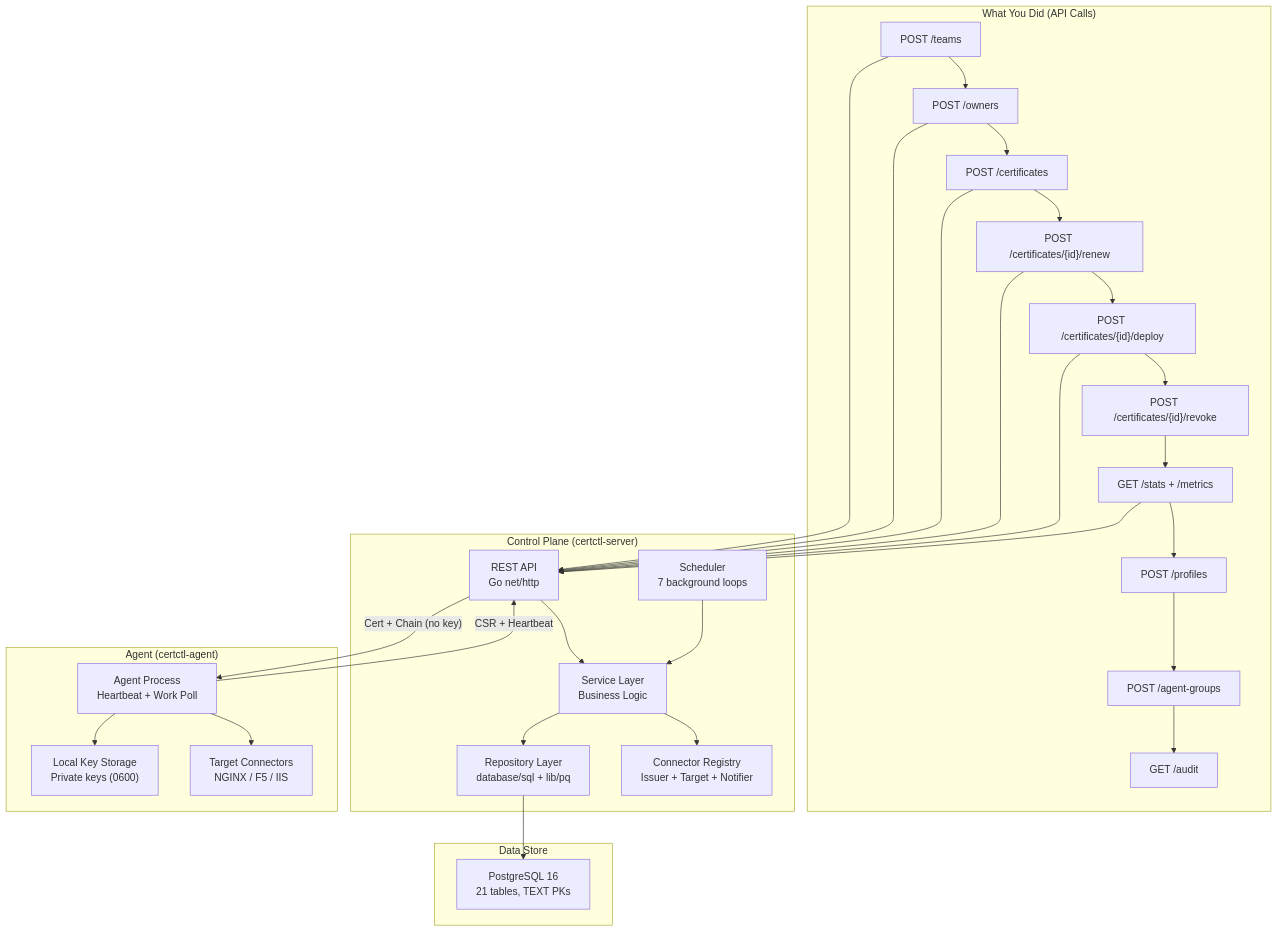
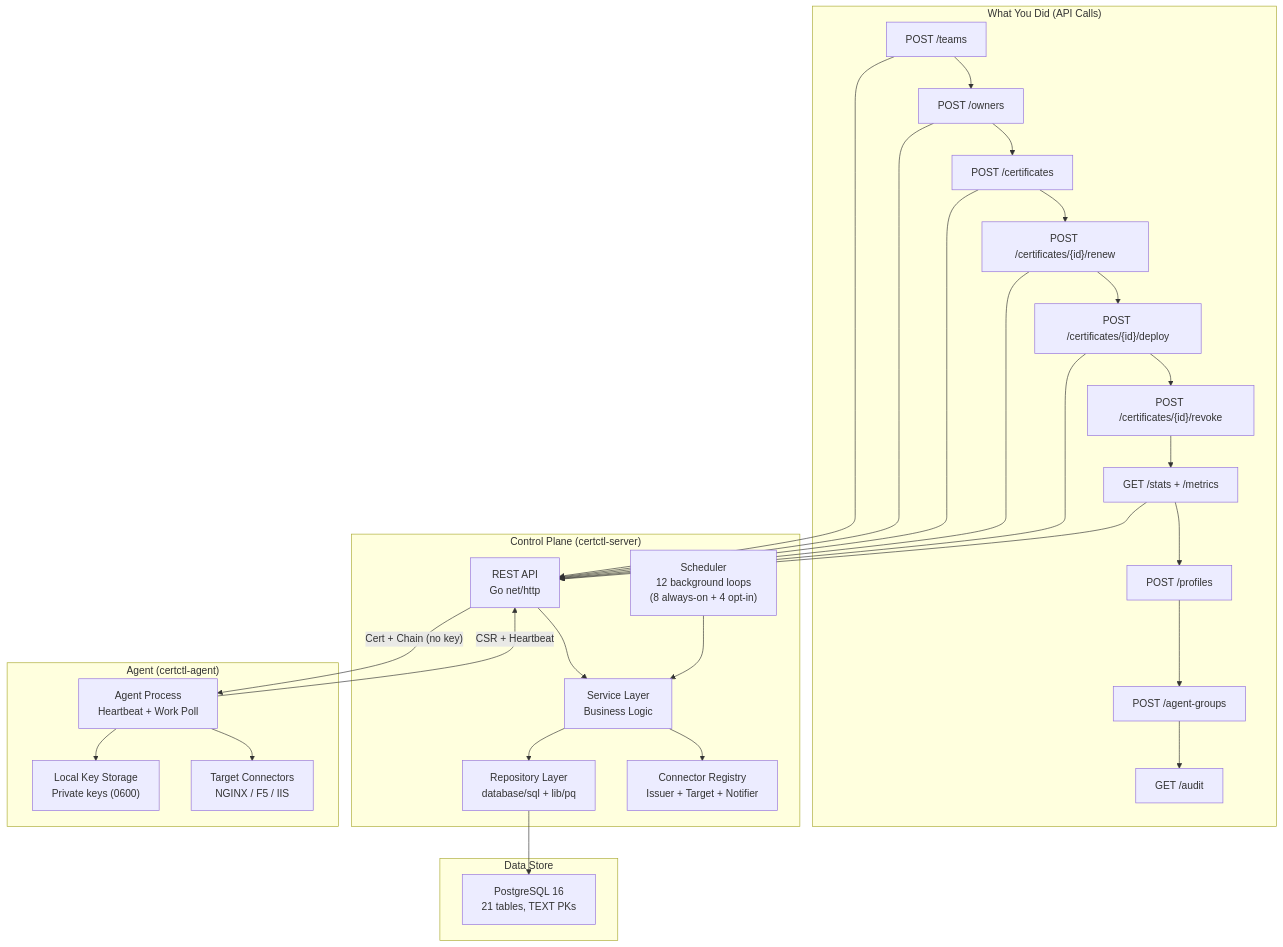
Before and after one commit to certctl-io/certctl: the sixth of 6 diagrams in docs/demo-advanced.md, drawn with Mermaid. The commit also changed 5 other files, not shown here.

````diff
--- a/docs/demo-advanced.md
+++ b/docs/demo-advanced.md
@@ -1140,43 +1140,43 @@
 ```mermaid
 flowchart TB
     subgraph "What You Did (API Calls)"
         U1["POST /teams"] --> U2["POST /owners"]
         U2 --> U3["POST /certificates"]
         U3 --> U4["POST /certificates/{id}/renew"]
         U4 --> U5["POST /certificates/{id}/deploy"]
         U5 --> U5b["POST /certificates/{id}/revoke"]
         U5b --> U6["GET /stats + /metrics"]
         U6 --> U7["POST /profiles"]
         U7 --> U8["POST /agent-groups"]
         U8 --> U9["GET /audit"]
     end
 
     subgraph "Control Plane (certctl-server)"
         API["REST API\nGo net/http"]
         SVC["Service Layer\nBusiness Logic"]
         REPO["Repository Layer\ndatabase/sql + lib/pq"]
-        SCHED["Scheduler\n7 background loops"]
+        SCHED["Scheduler\n12 background loops\n(8 always-on + 4 opt-in)"]
         CONN["Connector Registry\nIssuer + Target + Notifier"]
     end
 
     subgraph "Data Store"
         PG["PostgreSQL 16\n21 tables, TEXT PKs"]
     end
 
     subgraph "Agent (certctl-agent)"
         AGENT["Agent Process\nHeartbeat + Work Poll"]
         KEYS["Local Key Storage\nPrivate keys (0600)"]
         TC["Target Connectors\nNGINX / F5 / IIS"]
     end
 
     U1 & U2 & U3 & U4 & U5 & U6 --> API
     API --> SVC
     SVC --> REPO
     REPO --> PG
     SVC --> CONN
     SCHED --> SVC
     AGENT -->|"CSR + Heartbeat"| API
     API -->|"Cert + Chain (no key)"| AGENT
     AGENT --> KEYS
     AGENT --> TC
 ```
````
